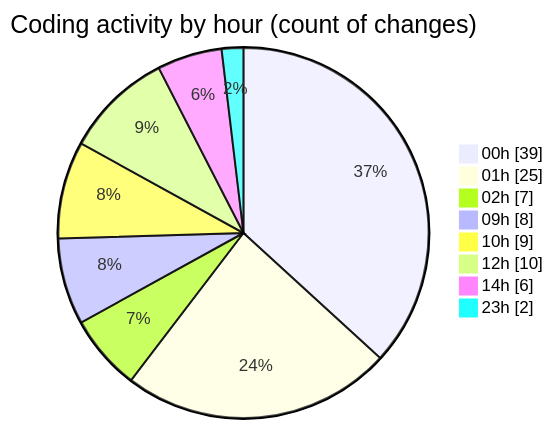
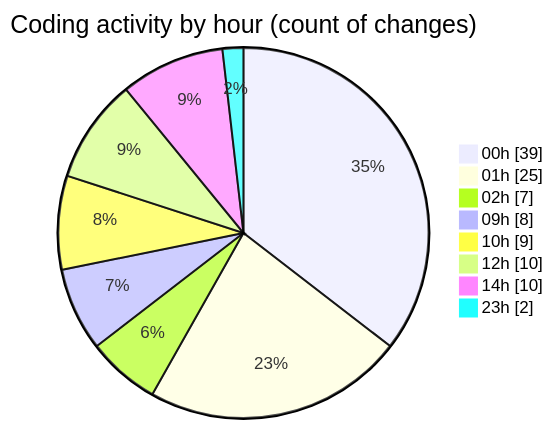
The second of 2 diagrams in 2025-10-10/eventscop-frontend-guide__workspace_/README.md (julien-gomy/code-tracking), drawn with Mermaid before and after one commit. The commit also changed other lines of this file and 1 other file, not shown here.

````diff
--- a/2025-10-10/eventscop-frontend-guide__workspace_/README.md
+++ b/2025-10-10/eventscop-frontend-guide__workspace_/README.md
@@ -43,12 +44,12 @@
 ```mermaid
 pie showData
 title Coding activity by hour (count of changes)
 "00h" : 39
 "01h" : 25
 "02h" : 7
 "09h" : 8
 "10h" : 9
 "12h" : 10
-"14h" : 6
+"14h" : 10
 "23h" : 2
 ```
````
